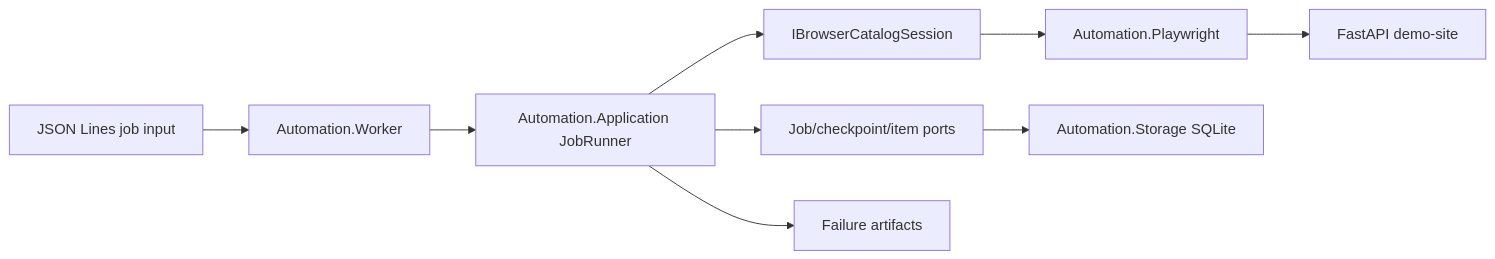
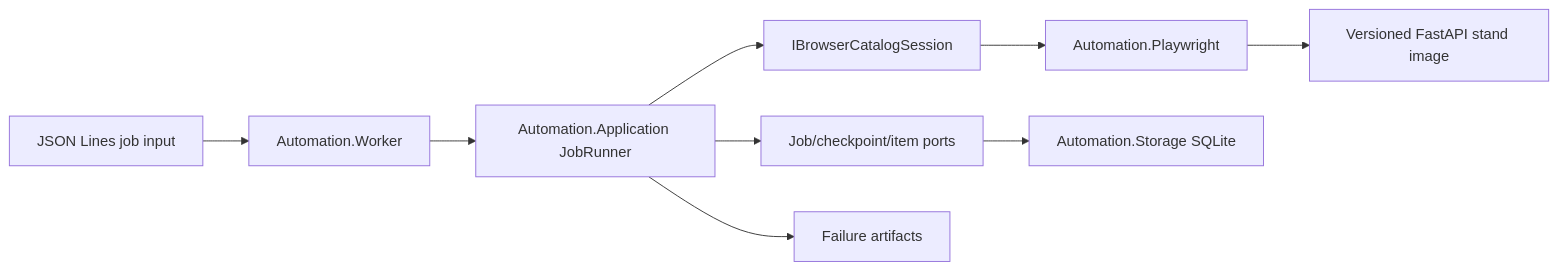
One commit to bockuden/resilient-browser-automation changed the diagram in docs/architecture.md. Above: the diagram before and after it, drawn with Mermaid. The commit also changed other lines of this file and 18 other files, not shown here.

Commit message:
refactor: extract FastAPI test stand

````diff
--- a/docs/architecture.md
+++ b/docs/architecture.md
@@ -7,11 +7,11 @@
 ```mermaid
 flowchart LR
     Input["JSON Lines job input"] --> Worker["Automation.Worker"]
     Worker --> Runner["Automation.Application JobRunner"]
     Runner --> BrowserPort["IBrowserCatalogSession"]
     Runner --> StoragePort["Job/checkpoint/item ports"]
     BrowserPort --> Playwright["Automation.Playwright"]
     StoragePort --> SQLite["Automation.Storage SQLite"]
-    Playwright --> Demo["FastAPI demo-site"]
+    Playwright --> Demo["Versioned FastAPI stand image"]
     Runner --> Artifacts["Failure artifacts"]
 ```
````
